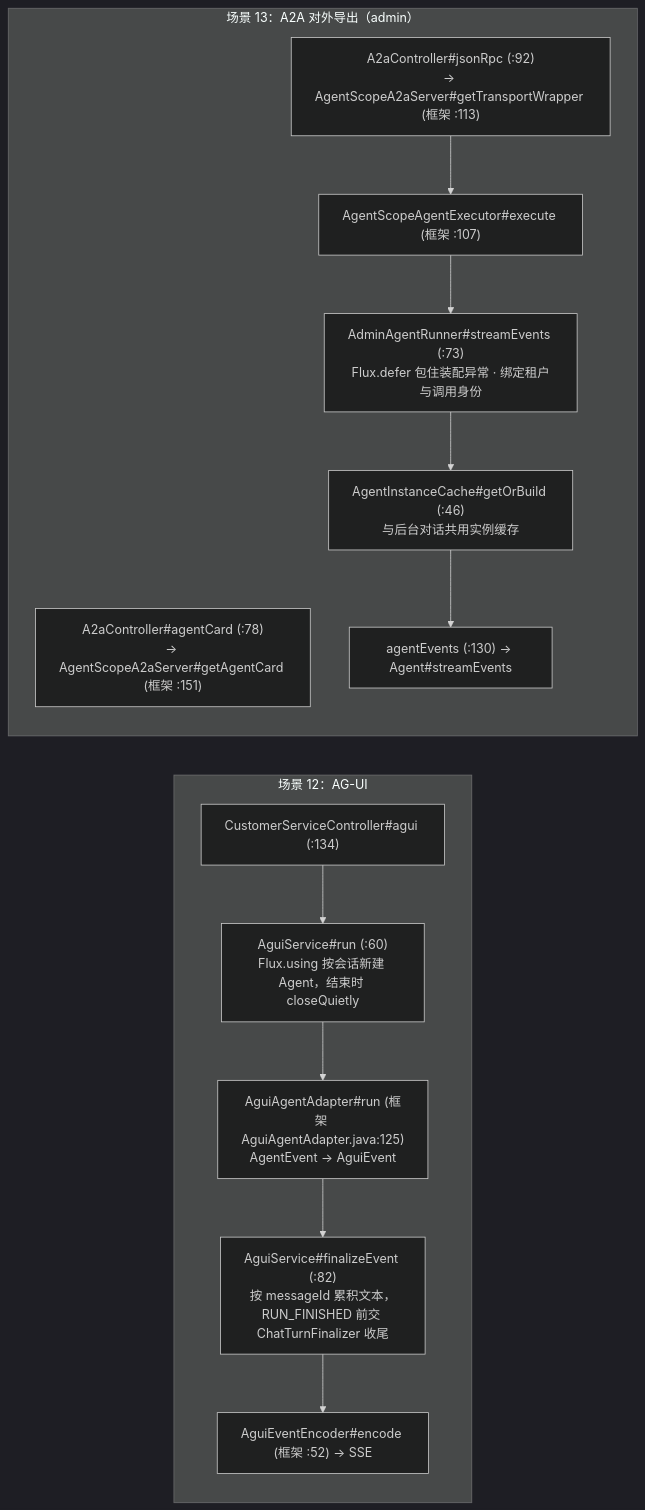
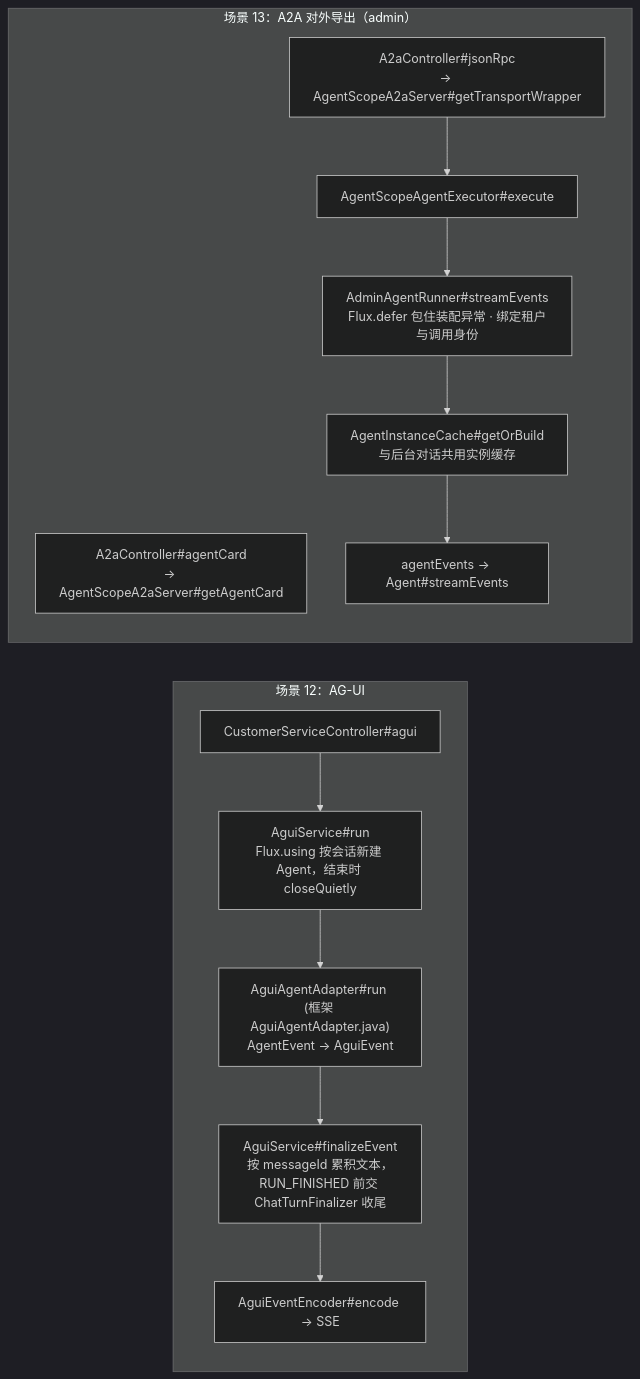
The seventh of 8 diagrams in 09-customer_work场景全景映射.md (liulangjietou/AgentScope-source-analysis), drawn with Mermaid (dark theme) before and after one commit. The commit also changed other lines of this file and 13 other files, not shown here.

Commit message:
docs: align source guide and diagrams with main dcb131a3

````diff
--- a/09-customer_work场景全景映射.md
+++ b/09-customer_work场景全景映射.md
@@ -222,16 +230,16 @@
 ```mermaid
 flowchart LR
     subgraph S12["场景 12：AG-UI"]
-        A1["CustomerServiceController#agui (:134)"] --> A2["AguiService#run (:60)<br/>Flux.using 按会话新建 Agent，结束时 closeQuietly"]
-        A2 --> A3["AguiAgentAdapter#run (框架 AguiAgentAdapter.java:125)<br/>AgentEvent → AguiEvent"]
-        A3 --> A4["AguiService#finalizeEvent (:82)<br/>按 messageId 累积文本，RUN_FINISHED 前交 ChatTurnFinalizer 收尾"]
-        A4 --> A5["AguiEventEncoder#encode (框架 :52) → SSE"]
+        A1["CustomerServiceController#agui"] --> A2["AguiService#run<br/>Flux.using 按会话新建 Agent，结束时 closeQuietly"]
+        A2 --> A3["AguiAgentAdapter#run (框架 AguiAgentAdapter.java)<br/>AgentEvent → AguiEvent"]
+        A3 --> A4["AguiService#finalizeEvent<br/>按 messageId 累积文本，RUN_FINISHED 前交 ChatTurnFinalizer 收尾"]
+        A4 --> A5["AguiEventEncoder#encode → SSE"]
     end
     subgraph S13["场景 13：A2A 对外导出（admin）"]
-        B1["A2aController#agentCard (:78)<br/>→ AgentScopeA2aServer#getAgentCard (框架 :151)"]
-        B2["A2aController#jsonRpc (:92)<br/>→ AgentScopeA2aServer#getTransportWrapper (框架 :113)"] --> B3["AgentScopeAgentExecutor#execute (框架 :107)"]
-        B3 --> B4["AdminAgentRunner#streamEvents (:73)<br/>Flux.defer 包住装配异常 · 绑定租户与调用身份"]
-        B4 --> B5["AgentInstanceCache#getOrBuild (:46)<br/>与后台对话共用实例缓存"]
-        B5 --> B6["agentEvents (:130) → Agent#streamEvents"]
+        B1["A2aController#agentCard<br/>→ AgentScopeA2aServer#getAgentCard"]
+        B2["A2aController#jsonRpc<br/>→ AgentScopeA2aServer#getTransportWrapper"] --> B3["AgentScopeAgentExecutor#execute"]
+        B3 --> B4["AdminAgentRunner#streamEvents<br/>Flux.defer 包住装配异常 · 绑定租户与调用身份"]
+        B4 --> B5["AgentInstanceCache#getOrBuild<br/>与后台对话共用实例缓存"]
+        B5 --> B6["agentEvents → Agent#streamEvents"]
     end
 ```
````
